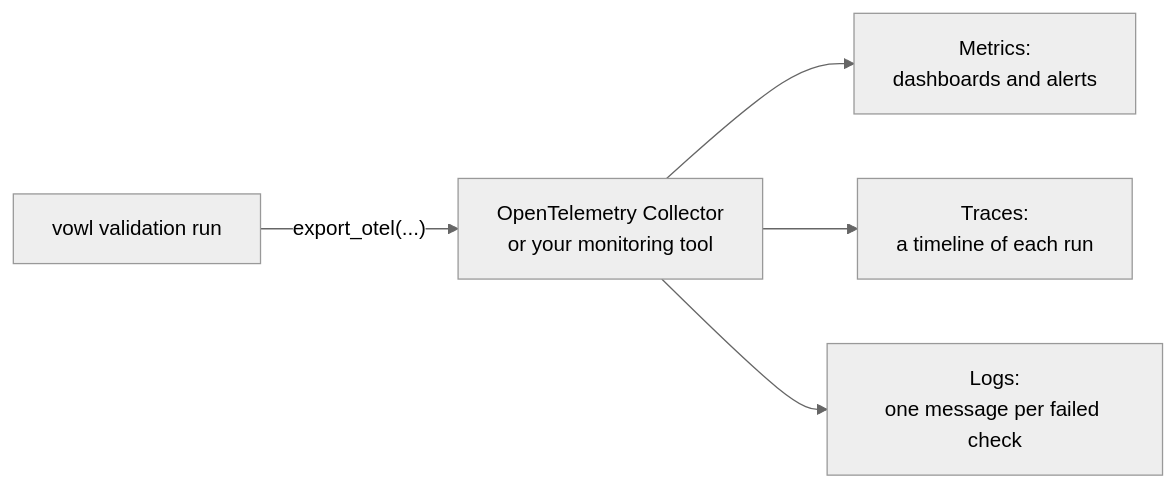
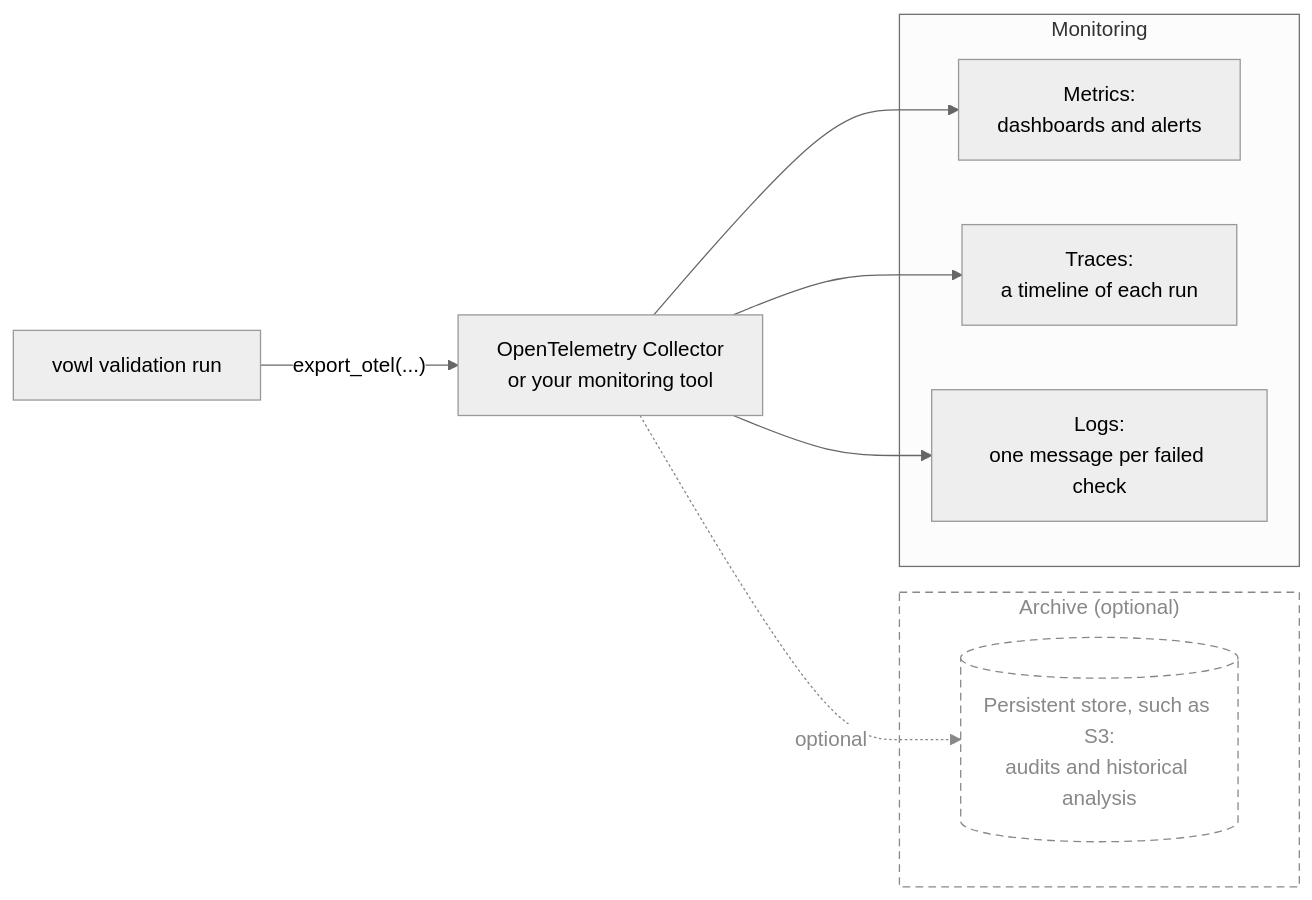
One commit to govtech-data-practice/vowl changed the diagram in docs/dq-metrics/otel-export.md. Above: the diagram before and after it, drawn with Mermaid (neutral theme). The commit also changed other lines of this file and 27 other files, not shown here.

````diff
--- a/docs/dq-metrics/otel-export.md
+++ b/docs/dq-metrics/otel-export.md
@@ -21,7 +21,19 @@
 ```mermaid
 flowchart LR
     vowl["vowl validation run"] -->|"export_otel(...)"| collector["OpenTelemetry Collector<br/>or your monitoring tool"]
-    collector --> metrics["Metrics:<br/>dashboards and alerts"]
-    collector --> traces["Traces:<br/>a timeline of each run"]
-    collector --> logs["Logs:<br/>one message per failed check"]
+    subgraph longterm["Archive (optional)"]
+        archive[("Persistent store, such as S3:<br/>audits and historical analysis")]
+    end
+    subgraph live["Monitoring"]
+        metrics["Metrics:<br/>dashboards and alerts"]
+        traces["Traces:<br/>a timeline of each run"]
+        logs["Logs:<br/>one message per failed check"]
+    end
+    collector --> metrics
+    collector --> traces
+    collector --> logs
+    collector -.->|"optional"| archive
+    style longterm fill:transparent,stroke:#888,stroke-dasharray:6 4,color:#888
+    style archive fill:transparent,stroke:#888,stroke-dasharray:6 4,color:#888
+    linkStyle 4 stroke:#888,color:#888
 ```
````
